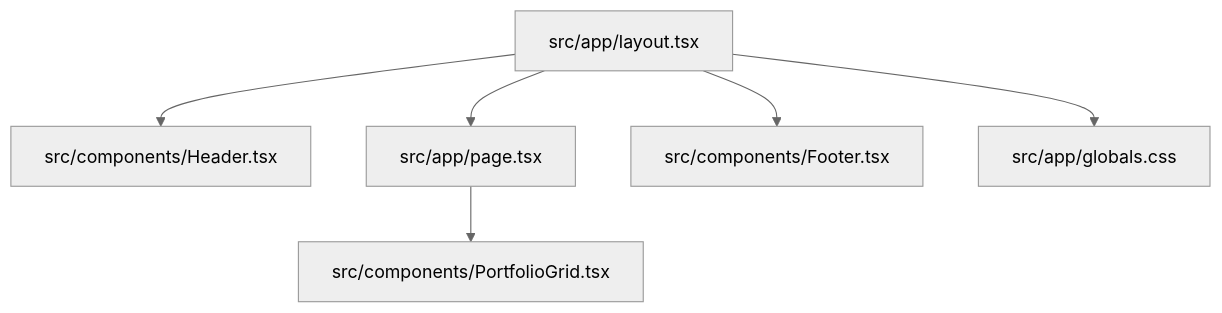
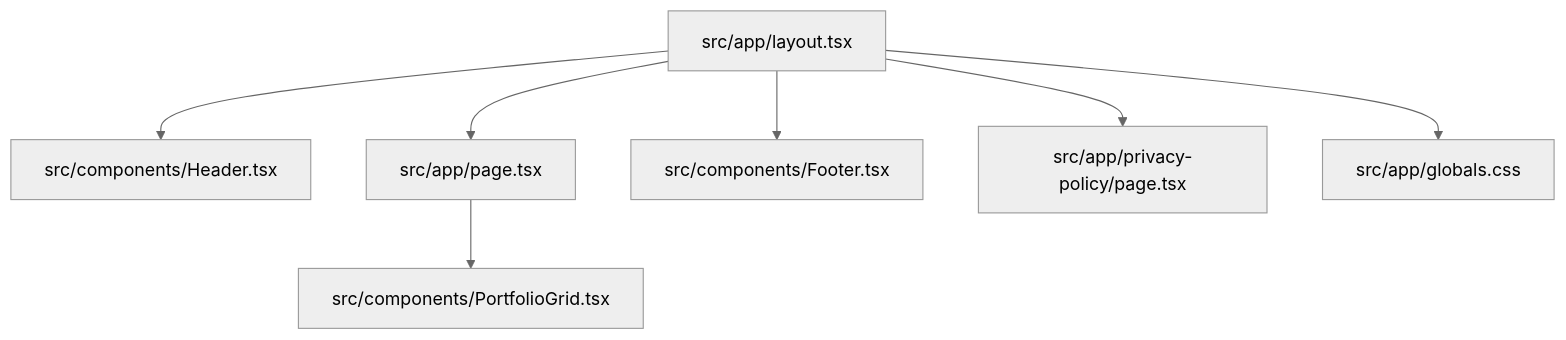
The diagram in lode/summary.md (vele616/website-petra), drawn with Mermaid (neutral theme) before and after one commit. The commit also changed other lines of this file and 7 other files, not shown here.

Commit message:
chore: privacy policy page

````diff
--- a/lode/summary.md
+++ b/lode/summary.md
@@ -11,8 +11,9 @@
 ```mermaid
 graph TD
   Layout["src/app/layout.tsx"] --> Header["src/components/Header.tsx"]
   Layout --> Page["src/app/page.tsx"]
   Layout --> Footer["src/components/Footer.tsx"]
   Page --> PortfolioGrid["src/components/PortfolioGrid.tsx"]
+  Layout --> Privacy["src/app/privacy-policy/page.tsx"]
   Layout --> Globals["src/app/globals.css"]
 ```
````
